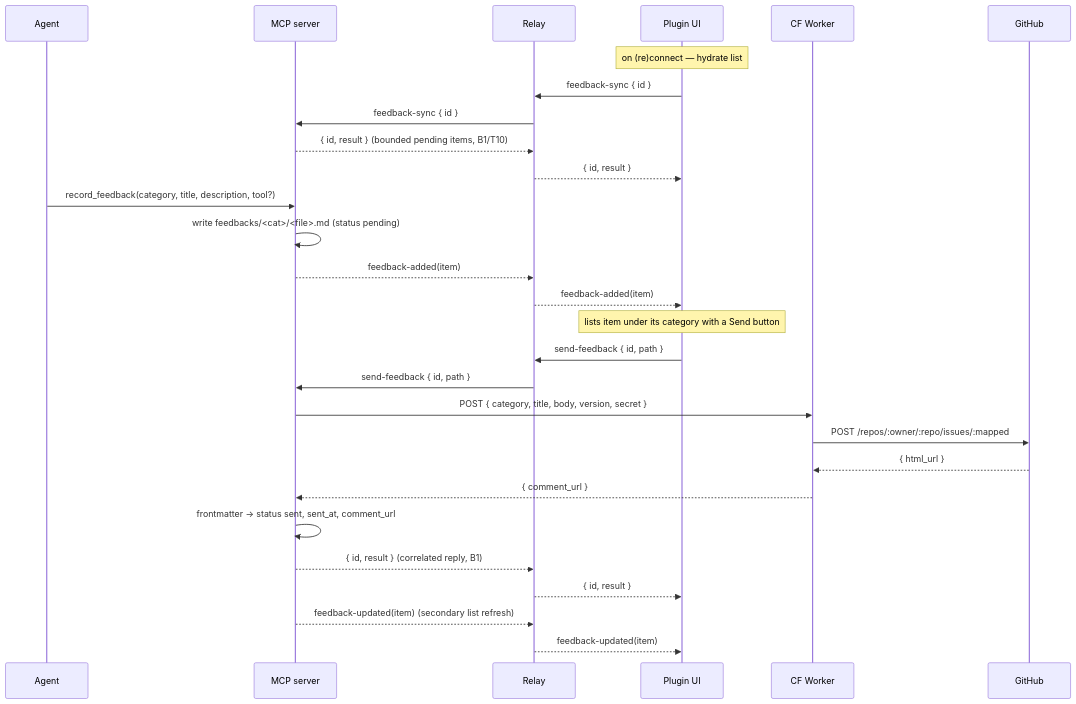
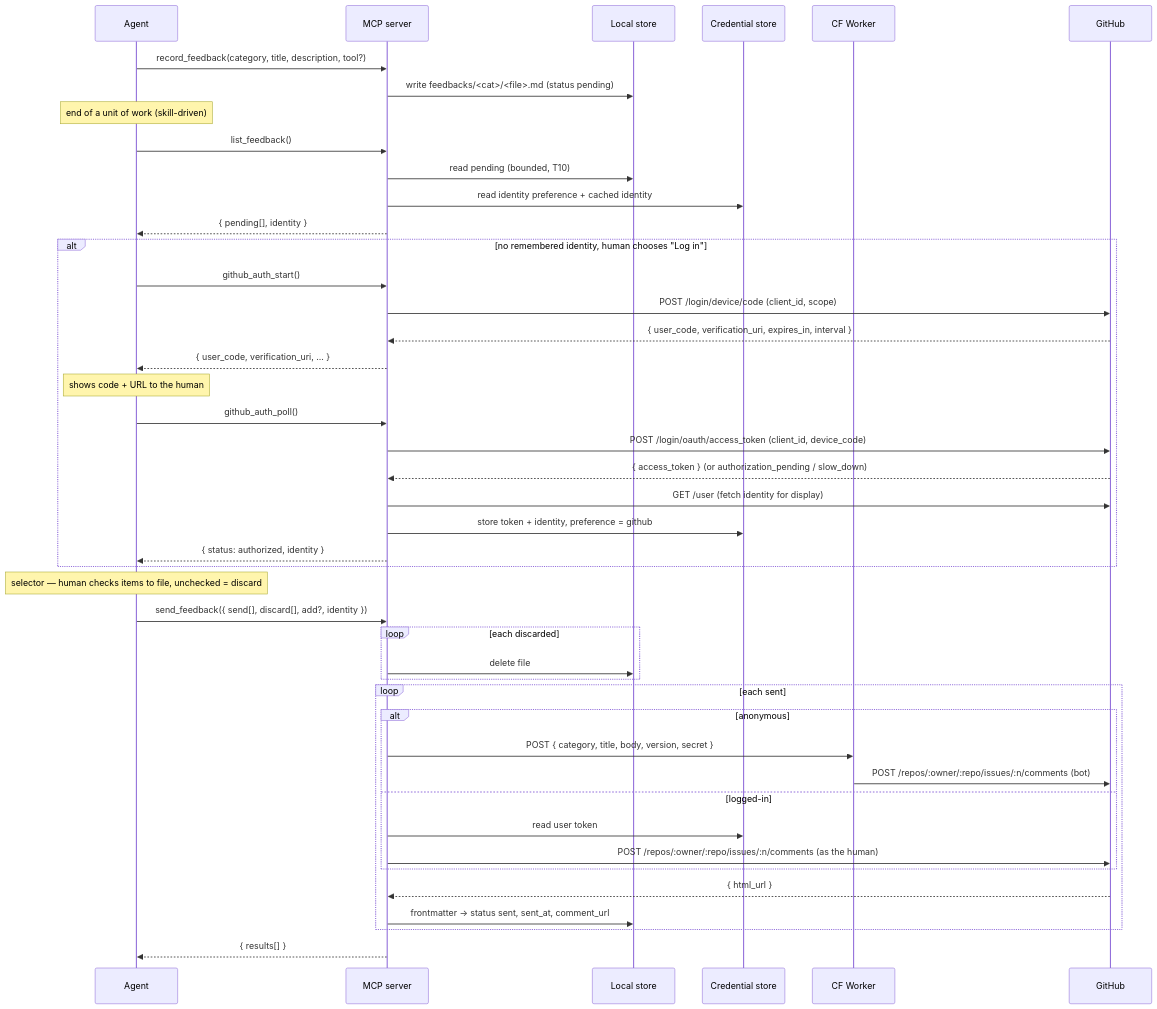
One commit to yleilu/figma-agent-bridge changed the diagram in docs/specs/feedback-system.md. Above: the diagram before and after it, drawn with Mermaid. The commit also changed other lines of this file and 2 other files, not shown here.

First line of the commit message:
docs(spec): redesign feedback send-flow (agent selector + GitHub auth)

````diff
--- a/docs/specs/feedback-system.md
+++ b/docs/specs/feedback-system.md
@@ -90,33 +86,50 @@
 ```mermaid
 sequenceDiagram
     participant Agent
     participant Server as MCP server
-    participant Relay
-    participant Plugin as Plugin UI
+    participant Store as Local store
+    participant Cred as Credential store
     participant Worker as CF Worker
     participant GH as GitHub
 
-    Note over Plugin: on (re)connect — hydrate list
-    Plugin->>Relay: feedback-sync { id }
-    Relay->>Server: feedback-sync { id }
-    Server-->>Relay: { id, result } (bounded pending items, B1/T10)
-    Relay-->>Plugin: { id, result }
+    Agent->>Server: record_feedback(category, title, description, tool?)
+    Server->>Store: write feedbacks/<cat>/<file>.md (status pending)
 
-    Agent->>Server: record_feedback(category, title, description, tool?)
-    Server->>Server: write feedbacks/<cat>/<file>.md (status pending)
-    Server-->>Relay: feedback-added(item)
-    Relay-->>Plugin: feedback-added(item)
-    Note over Plugin: lists item under its category with a Send button
+    Note over Agent: end of a unit of work (skill-driven)
+    Agent->>Server: list_feedback()
+    Server->>Store: read pending (bounded, T10)
+    Server->>Cred: read identity preference + cached identity
+    Server-->>Agent: { pending[], identity }
 
-    Plugin->>Relay: send-feedback { id, path }
-    Relay->>Server: send-feedback { id, path }
-    Server->>Worker: POST { category, title, body, version, secret }
-    Worker->>GH: POST /repos/:owner/:repo/issues/:mapped#/comments
-    GH-->>Worker: { html_url }
-    Worker-->>Server: { comment_url }
-    Server->>Server: frontmatter → status sent, sent_at, comment_url
-    Server-->>Relay: { id, result } (correlated reply, B1)
-    Relay-->>Plugin: { id, result }
-    Server-->>Relay: feedback-updated(item) (secondary list refresh)
-    Relay-->>Plugin: feedback-updated(item)
+    alt no remembered identity, human chooses "Log in"
+        Agent->>Server: github_auth_start()
+        Server->>GH: POST /login/device/code (client_id, scope)
+        GH-->>Server: { user_code, verification_uri, expires_in, interval }
+        Server-->>Agent: { user_code, verification_uri, ... }
+        Note over Agent: shows code + URL to the human
+        Agent->>Server: github_auth_poll()
+        Server->>GH: POST /login/oauth/access_token (client_id, device_code)
+        GH-->>Server: { access_token }  (or authorization_pending / slow_down)
+        Server->>GH: GET /user  (fetch identity for display)
+        Server->>Cred: store token + identity, preference = github
+        Server-->>Agent: { status: authorized, identity }
+    end
+
+    Note over Agent: selector — human checks items to file, unchecked = discard
+    Agent->>Server: send_feedback({ send[], discard[], add?, identity })
+    loop each discarded
+        Server->>Store: delete file
+    end
+    loop each sent
+        alt anonymous
+            Server->>Worker: POST { category, title, body, version, secret }
+            Worker->>GH: POST /repos/:owner/:repo/issues/:n/comments (bot)
+        else logged-in
+            Server->>Cred: read user token
+            Server->>GH: POST /repos/:owner/:repo/issues/:n/comments (as the human)
+        end
+        GH-->>Server: { html_url }
+        Server->>Store: frontmatter → status sent, sent_at, comment_url
+    end
+    Server-->>Agent: { results[] }
 ```
````
